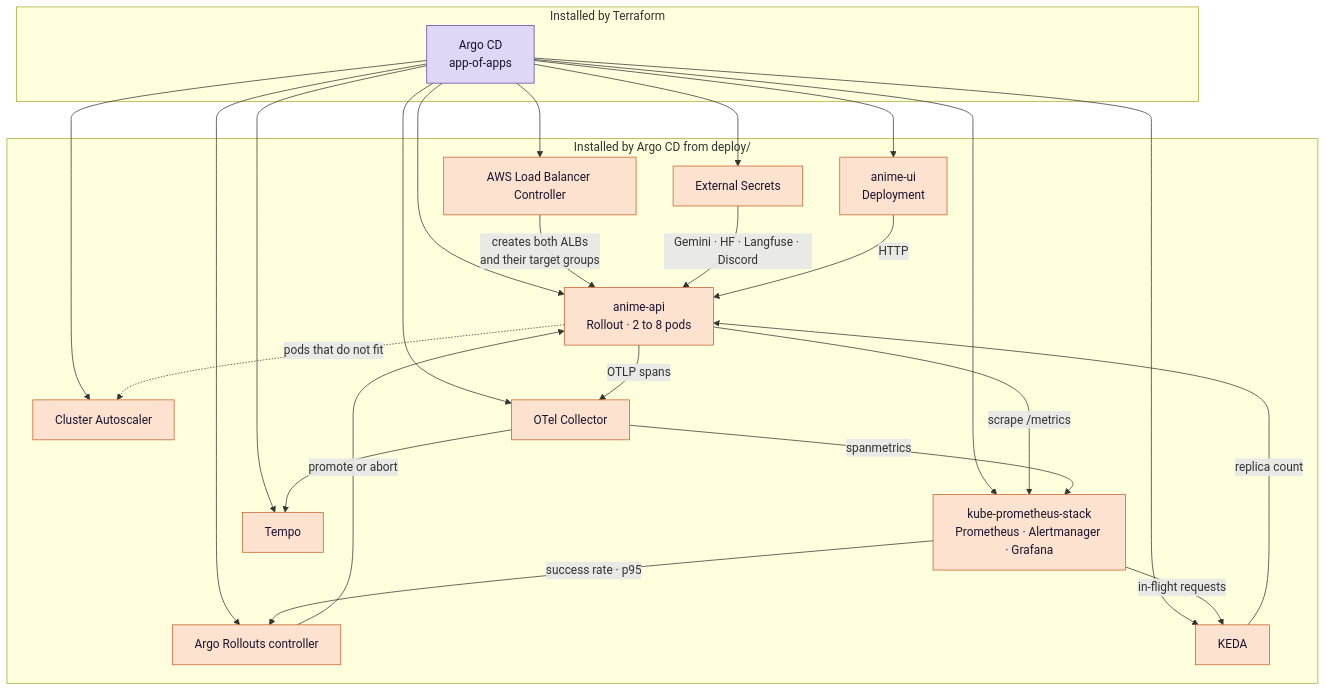
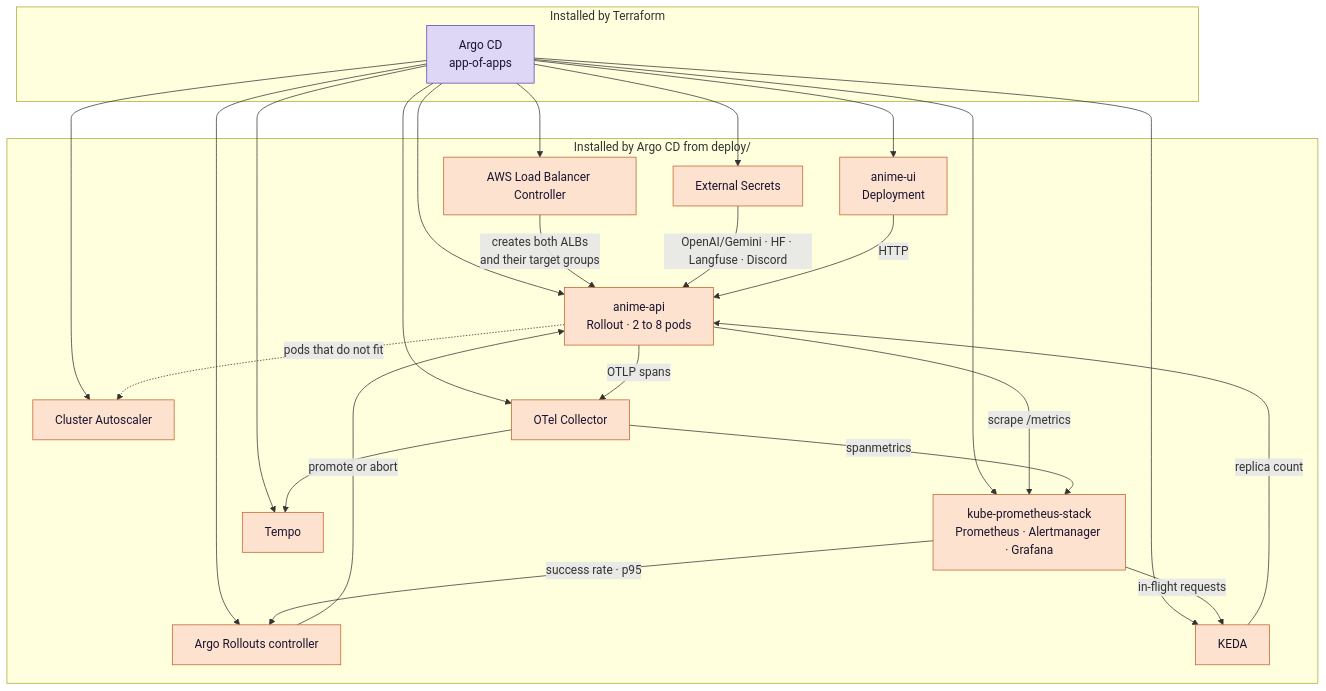
The second of 4 diagrams in README.md (biabeogo147/Anime-Recommender), drawn with Mermaid before and after one commit. The commit also changed other lines of this file and 30 other files, not shown here.

````diff
--- a/README.md
+++ b/README.md
@@ -132,38 +132,38 @@
 ```mermaid
 flowchart TB
     subgraph TF["Installed by Terraform"]
         ARGO["Argo CD<br/>app-of-apps"]
     end
 
     subgraph GIT["Installed by Argo CD from deploy/"]
         LBC["AWS Load Balancer Controller"]
         ESO["External Secrets"]
         PROM["kube-prometheus-stack<br/>Prometheus · Alertmanager · Grafana"]
         ROLLOUTS["Argo Rollouts controller"]
         KEDA["KEDA"]
         CAS["Cluster Autoscaler"]
         OTEL["OTel Collector"]
         TEMPO["Tempo"]
         API["anime-api<br/>Rollout · 2 to 8 pods"]
         UI["anime-ui<br/>Deployment"]
     end
 
     ARGO --> LBC & ESO & PROM & ROLLOUTS & KEDA & CAS & OTEL & TEMPO & API & UI
     LBC -->|"creates both ALBs<br/>and their target groups"| API
-    ESO -->|"Gemini · HF · Langfuse · Discord"| API
+    ESO -->|"OpenAI/Gemini · HF · Langfuse · Discord"| API
     API -->|"scrape /metrics"| PROM
     API -->|"OTLP spans"| OTEL
     OTEL --> TEMPO
     OTEL -->|"spanmetrics"| PROM
     PROM -->|"success rate · p95"| ROLLOUTS
     PROM -->|"in-flight requests"| KEDA
     ROLLOUTS -->|"promote or abort"| API
     KEDA -->|"replica count"| API
     API -.->|"pods that do not fit"| CAS
     UI -->|"HTTP"| API
 
     classDef tf fill:#ded7f5,stroke:#5b43a8,color:#1b1430;
     classDef argo fill:#fde3cf,stroke:#c2602a,color:#1b1430;
     class ARGO tf
     class LBC,ESO,PROM,ROLLOUTS,KEDA,CAS,OTEL,TEMPO,API,UI argo
 ```
````
